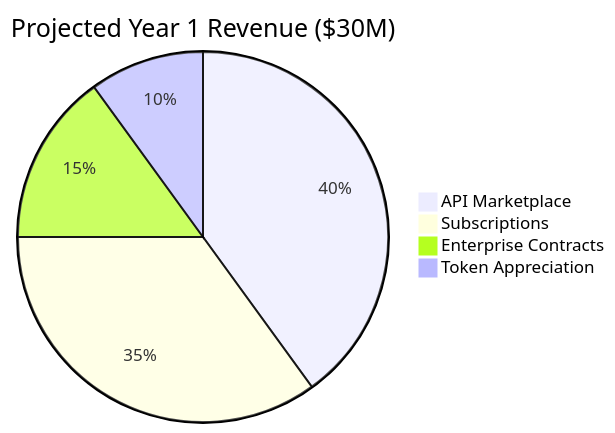
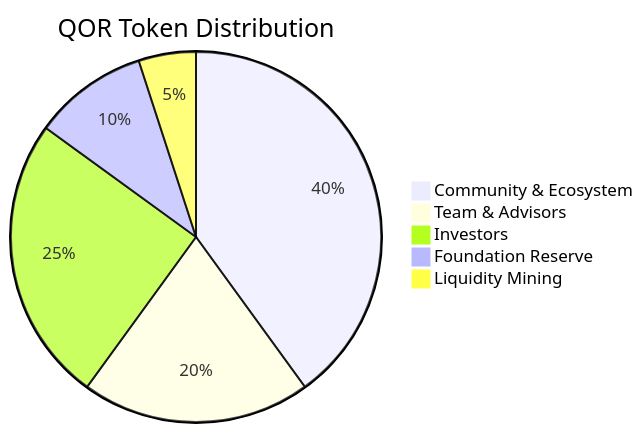
One commit to QoraNet/.github changed the eighth of 8 diagrams in profile/README.md. Above: the diagram before and after it, drawn with Mermaid. The commit also changed other lines of this file, not shown here.

````diff
--- a/profile/README.md
+++ b/profile/README.md
@@ -270,7 +218,8 @@
 ```mermaid
-pie title Projected Year 1 Revenue ($30M)
-    "API Marketplace" : 40
-    "Subscriptions" : 35
-    "Enterprise Contracts" : 15
-    "Token Appreciation" : 10
+pie title QOR Token Distribution
+    "Community & Ecosystem" : 40
+    "Team & Advisors" : 20
+    "Investors" : 25
+    "Foundation Reserve" : 10
+    "Liquidity Mining" : 5
 ```
````
